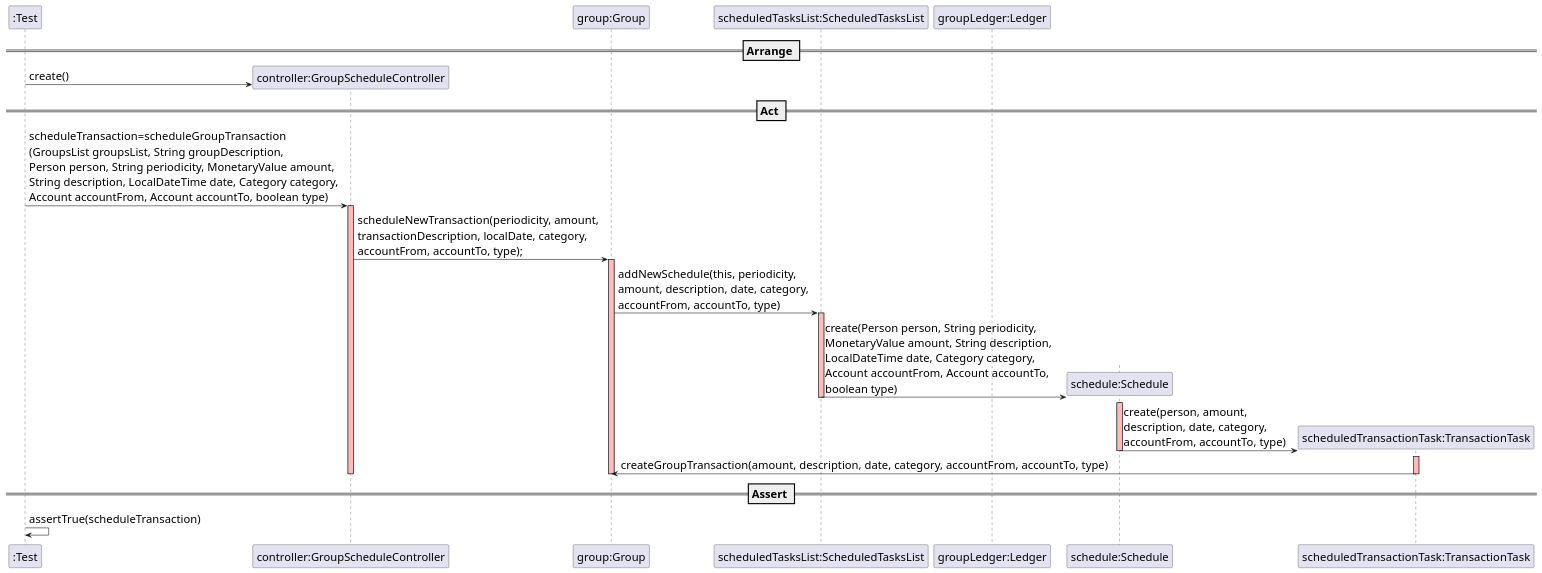
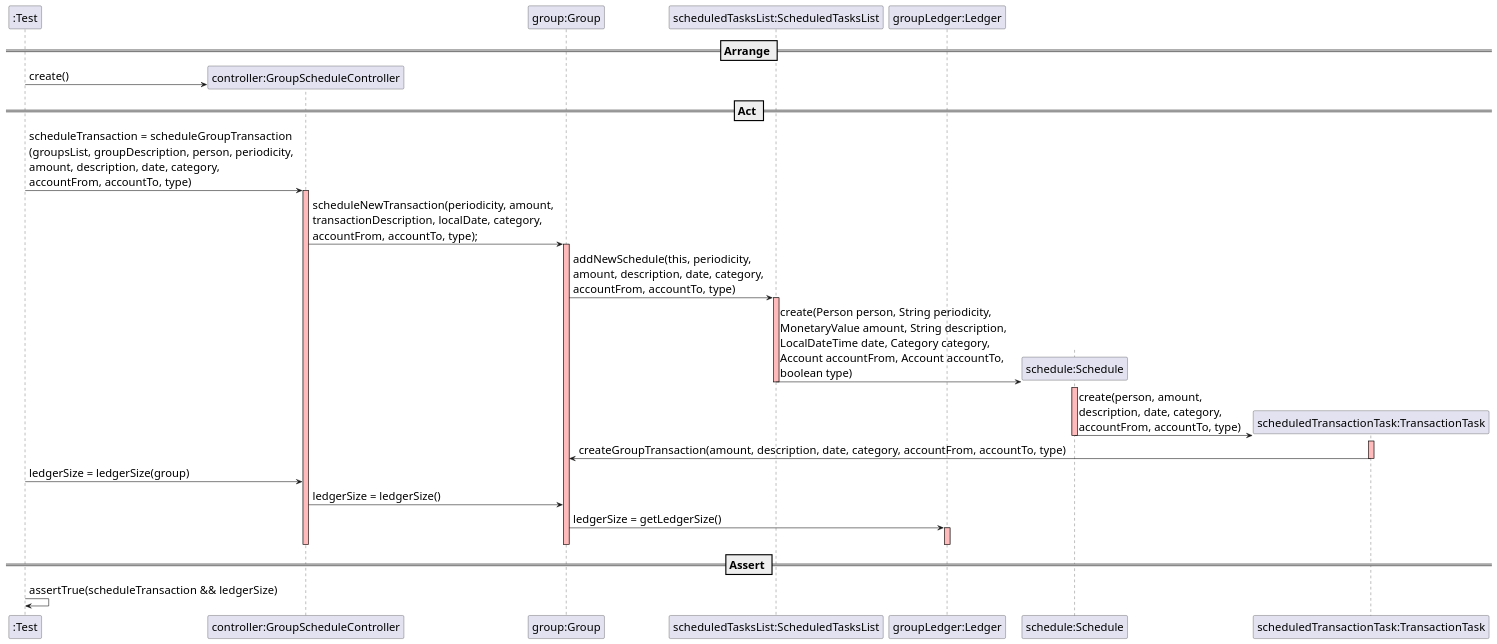
The diagram in docs/SequenceDiagram - US020.2.puml (mleitaoribeiro/DevOpsMaven), drawn with PlantUML before and after one commit. The commit also changed 7 other files, not shown here.

Commit message:
fix #541 added method ledgerSize() to controller and diagrams

```diff
--- a/docs/SequenceDiagram - US020.2.puml
+++ b/docs/SequenceDiagram - US020.2.puml
@@ -1,41 +1,46 @@
 @startuml
 skinparam DefaultFontSize 20
 participant ":Test"
 
 == Arrange ==
 
 create "controller:GroupScheduleController"
 ":Test" -> "controller:GroupScheduleController" : create()
 
 participant "group:Group"
 participant "scheduledTasksList:ScheduledTasksList"
 participant "groupLedger:Ledger"
 
 == Act ==
 
-":Test" -> "controller:GroupScheduleController" : scheduleTransaction=scheduleGroupTransaction\n(GroupsList groupsList, String groupDescription, \nPerson person, String periodicity, MonetaryValue amount, \nString description, LocalDateTime date, Category category, \nAccount accountFrom, Account accountTo, boolean type)
+":Test" -> "controller:GroupScheduleController" : scheduleTransaction = scheduleGroupTransaction\n(groupsList, groupDescription, person, periodicity, \namount, description, date, category, \naccountFrom, accountTo, type)
 activate "controller:GroupScheduleController" #FFBBBB
 "controller:GroupScheduleController" -> "group:Group" : scheduleNewTransaction(periodicity, amount, \ntransactionDescription, localDate, category, \naccountFrom, accountTo, type);
 activate "group:Group" #FFBBBB
 "group:Group" -> "scheduledTasksList:ScheduledTasksList" : addNewSchedule(this, periodicity, \namount, description, date, category, \naccountFrom, accountTo, type)
 activate "scheduledTasksList:ScheduledTasksList" #FFBBBB
 create "schedule:Schedule"
 "scheduledTasksList:ScheduledTasksList" -> "schedule:Schedule" : create(Person person, String periodicity, \nMonetaryValue amount, String description, \nLocalDateTime date, Category category, \nAccount accountFrom, Account accountTo, \nboolean type)
 activate "schedule:Schedule" #FFBBBB
 create "scheduledTransactionTask:TransactionTask"
 deactivate "scheduledTasksList:ScheduledTasksList"
 "schedule:Schedule" -> "scheduledTransactionTask:TransactionTask" : create(person, amount, \ndescription, date, category, \naccountFrom, accountTo, type)
 deactivate "schedule:Schedule"
 activate "scheduledTransactionTask:TransactionTask" #FFBBBB
 "scheduledTransactionTask:TransactionTask" -> "group:Group" : createGroupTransaction(amount, description, date, category, accountFrom, accountTo, type)
 deactivate "scheduledTransactionTask:TransactionTask"
 
+":Test" -> "controller:GroupScheduleController" : ledgerSize = ledgerSize(group)
+"controller:GroupScheduleController" -> "group:Group" : ledgerSize = ledgerSize()
+"group:Group" -> "groupLedger:Ledger" : ledgerSize = getLedgerSize()
+activate "groupLedger:Ledger" #FFBBBB
 deactivate "controller:GroupScheduleController"
 deactivate "group:Group"
+deactivate "groupLedger:Ledger"
 
 == Assert ==
 
-":Test" -> ":Test" : assertTrue(scheduleTransaction)
+":Test" -> ":Test" : assertTrue(scheduleTransaction && ledgerSize)
 
 
 @enduml
```
